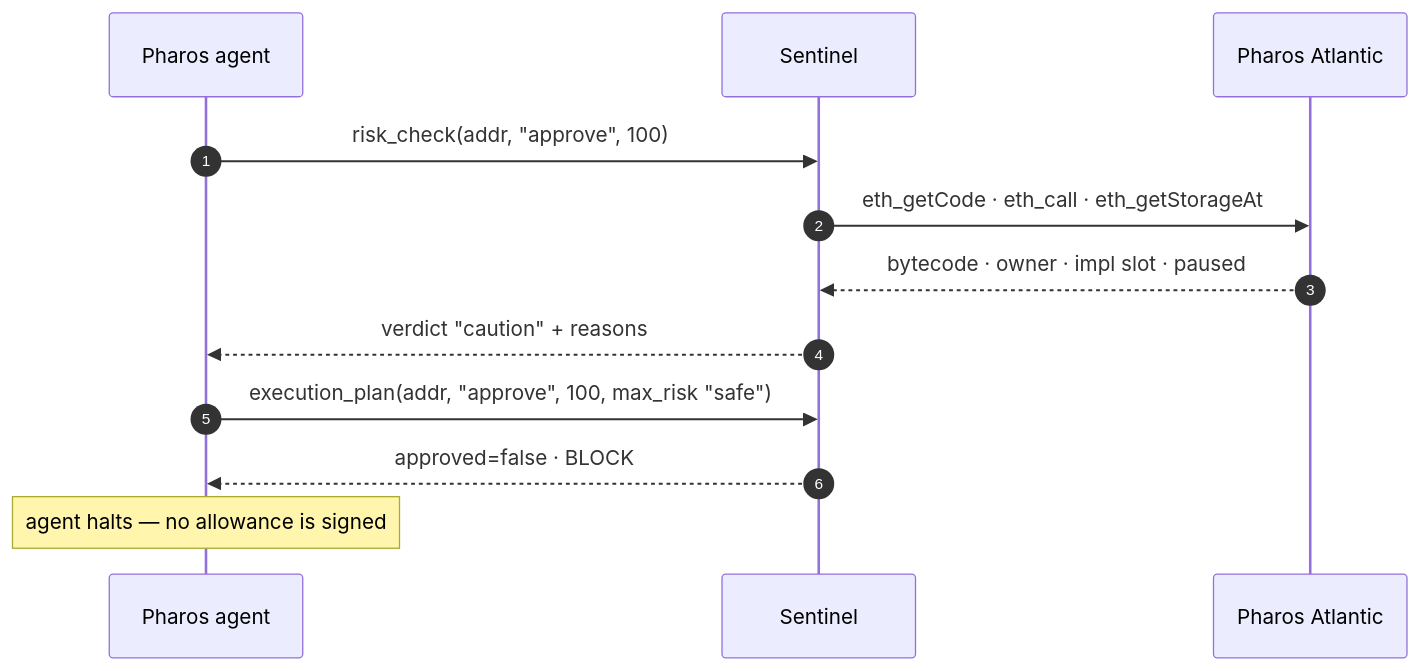
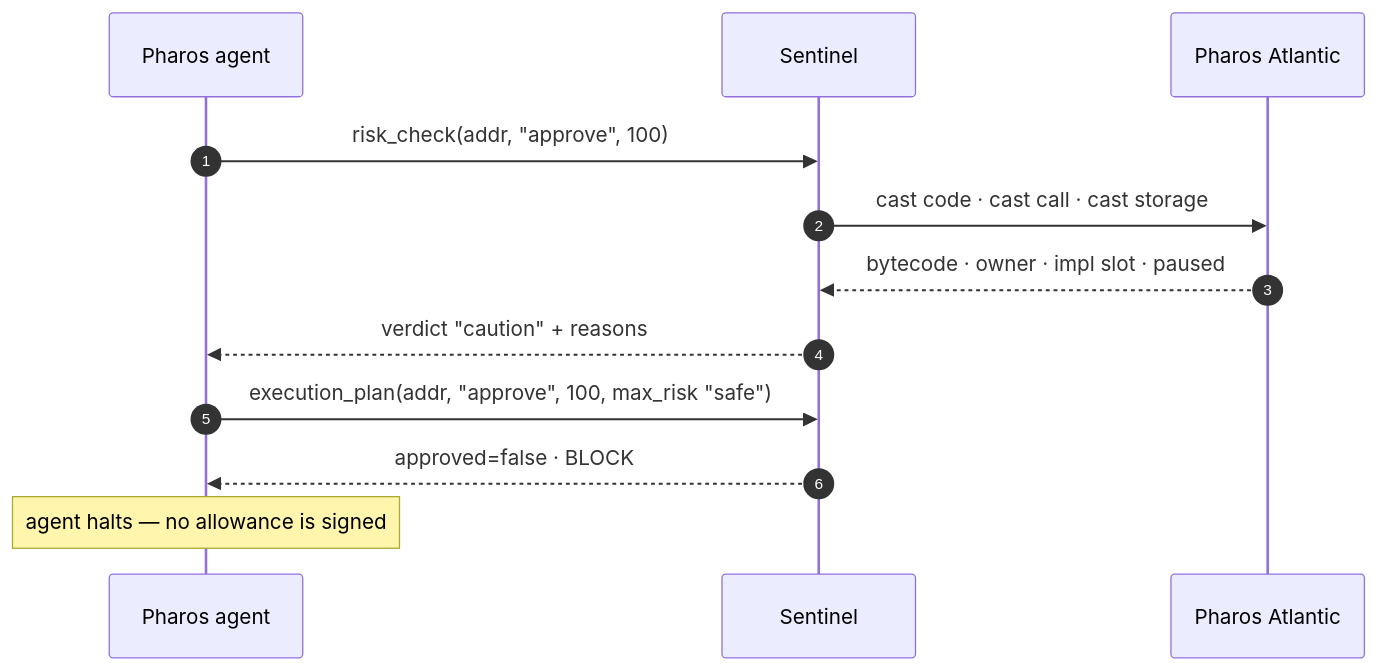
One commit to mattcrypted/pharos-sentinel changed the second of 3 diagrams in README.md. Above: the diagram before and after it, drawn with Mermaid. The commit also changed other lines of this file and 9 other files, not shown here.

````diff
--- a/README.md
+++ b/README.md
@@ -64,14 +65,14 @@
 ```mermaid
 sequenceDiagram
     autonumber
     participant Ag as Pharos agent
     participant Se as Sentinel
     participant Ch as Pharos Atlantic
     Ag->>Se: risk_check(addr, "approve", 100)
-    Se->>Ch: eth_getCode · eth_call · eth_getStorageAt
+    Se->>Ch: cast code · cast call · cast storage
     Ch-->>Se: bytecode · owner · impl slot · paused
     Se-->>Ag: verdict "caution" + reasons
     Ag->>Se: execution_plan(addr, "approve", 100, max_risk "safe")
     Se-->>Ag: approved=false · BLOCK
     Note over Ag: agent halts — no allowance is signed
 ```
````
